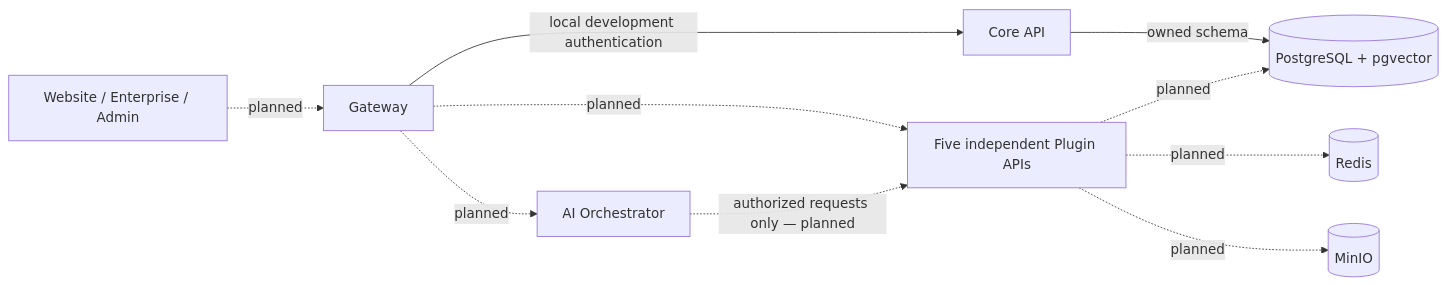
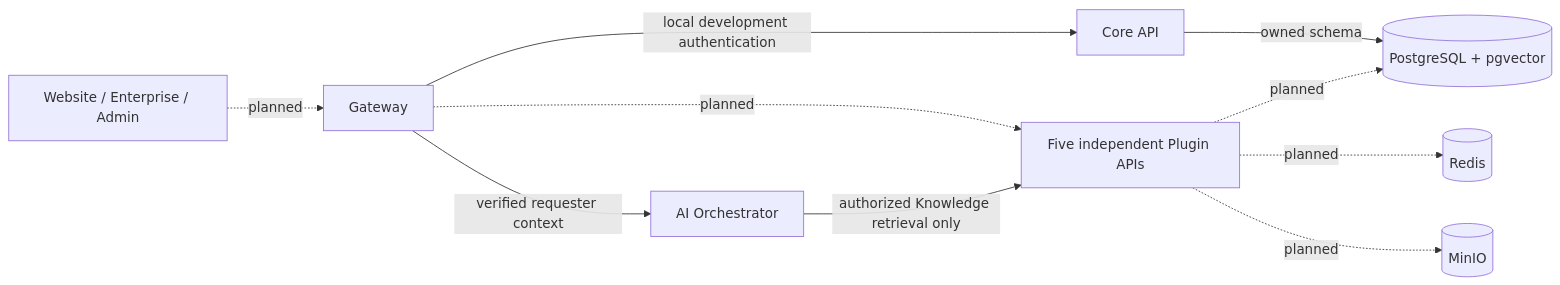
Before and after one commit to zqf20096327/dbhub_collect: the diagram in data/readmes/AndrixNg1__amani.ia.md, drawn with Mermaid. The commit also changed other lines of this file and 353 other files, not shown here.

````diff
--- a/data/readmes/AndrixNg1__amani.ia.md
+++ b/data/readmes/AndrixNg1__amani.ia.md
@@ -23,12 +25,12 @@
 ```mermaid
 flowchart LR
     UI[Website / Enterprise / Admin] -. planned .-> Gateway
     Gateway -->|local development authentication| Core[Core API]
     Core -->|owned schema| PG
-    Gateway -. planned .-> AI[AI Orchestrator]
+    Gateway -->|verified requester context| AI[AI Orchestrator]
     Gateway -. planned .-> Plugins[Five independent Plugin APIs]
-    AI -. authorized requests only — planned .-> Plugins
+    AI -->|authorized Knowledge retrieval only| Plugins
     Plugins -. planned .-> PG[(PostgreSQL + pgvector)]
     Plugins -. planned .-> Redis[(Redis)]
     Plugins -. planned .-> MinIO[(MinIO)]
 ```
````
